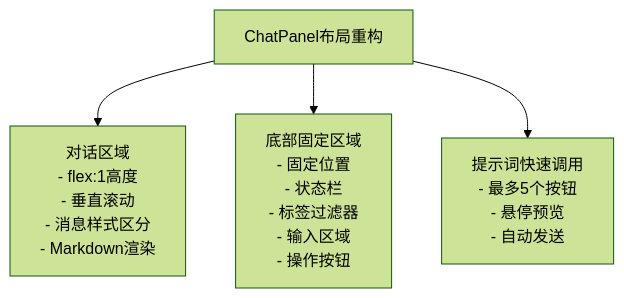
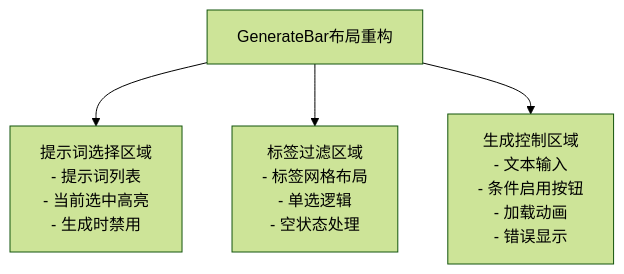
Diagram 11 of 16 in .qoder/repowiki/zh/content/前端应用/Admin管理界面/Admin管理界面.md (BlackBoxRecorder/memos), drawn with Mermaid (forest theme) before and after one commit. The commit also changed other lines of this file and 7 other files, not shown here.

````diff
--- a/.qoder/repowiki/zh/content/前端应用/Admin管理界面/Admin管理界面.md
+++ b/.qoder/repowiki/zh/content/前端应用/Admin管理界面/Admin管理界面.md
@@ -457,6 +451,6 @@
 ```mermaid
 flowchart TD
-ChatPanel["ChatPanel布局重构"] --> ConversationArea["对话区域<br/>- flex:1高度<br/>- 垂直滚动<br/>- 消息样式区分<br/>- Markdown渲染"]
-ChatPanel --> BottomSection["底部固定区域<br/>- 固定位置<br/>- 状态栏<br/>- 标签过滤器<br/>- 输入区域<br/>- 操作按钮"]
-ChatPanel --> PromptButtons["提示词快速调用<br/>- 最多5个按钮<br/>- 悬停预览<br/>- 自动发送"]
+GenerateBar["GenerateBar布局重构"] --> PromptSelector["提示词选择区域<br/>- 提示词列表<br/>- 当前选中高亮<br/>- 生成时禁用"]
+GenerateBar --> TagSelector["标签过滤区域<br/>- 标签网格布局<br/>- 单选逻辑<br/>- 空状态处理"]
+GenerateBar --> GenerateControl["生成控制区域<br/>- 文本输入<br/>- 条件启用按钮<br/>- 加载动画<br/>- 错误显示"]
 ```
````
